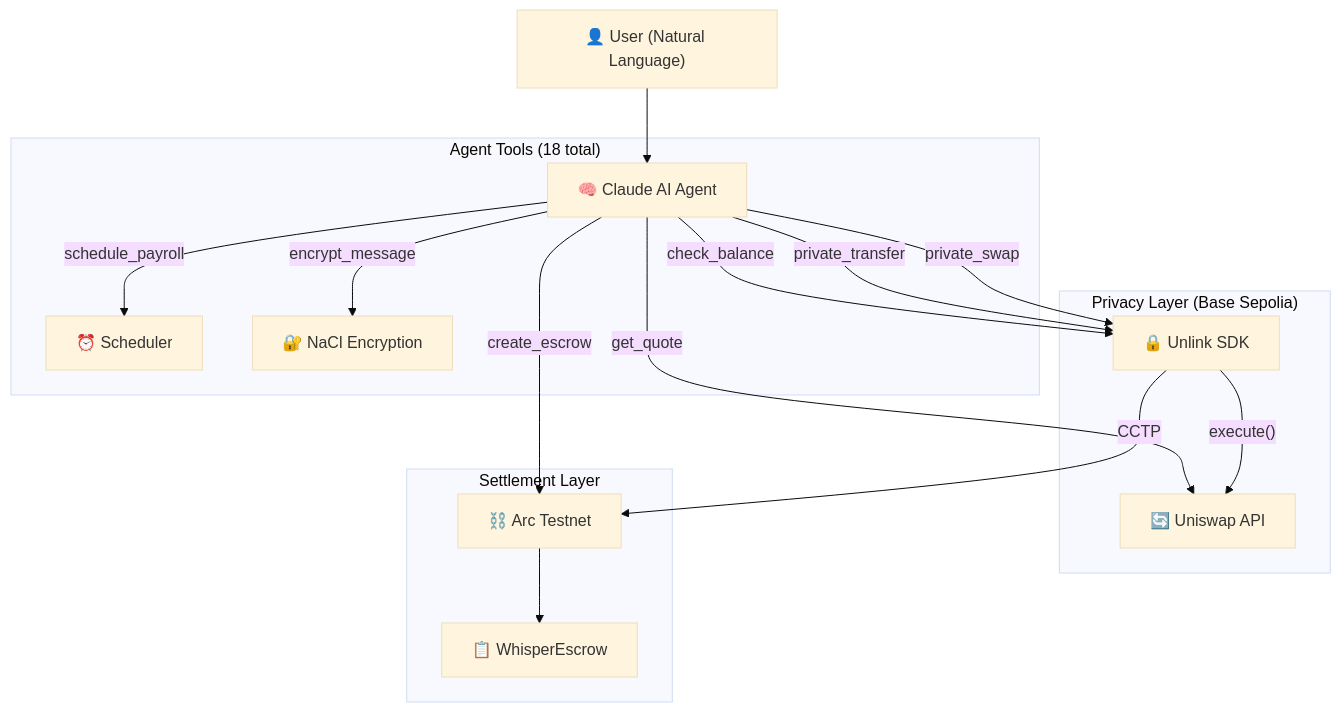
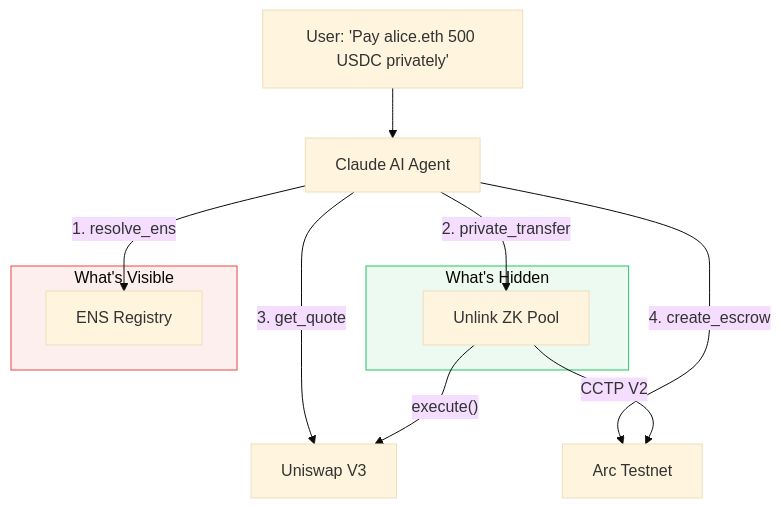
The diagram in README.md (0x2kNJ/whisper), drawn with Mermaid (base theme) before and after one commit. The commit also changed other lines of this file, not shown here.

````diff
--- a/README.md
+++ b/README.md
@@ -27,31 +27,23 @@
 ```mermaid
 graph TB
-    User["👤 User (Natural Language)"] --> Agent["🧠 Claude AI Agent"]
-    Agent -->|check_balance| Unlink["🔒 Unlink SDK"]
-    Agent -->|get_quote| Uniswap["🔄 Uniswap API"]
-    Agent -->|private_transfer| Unlink
-    Agent -->|private_swap| Unlink
-    Agent -->|create_escrow| Arc["⛓️ Arc Testnet"]
-    Agent -->|schedule_payroll| Scheduler["⏰ Scheduler"]
-    Agent -->|encrypt_message| Crypto["🔐 NaCl Encryption"]
+    User["User: 'Pay alice.eth 500 USDC privately'"] --> Agent["Claude AI Agent"]
+
+    Agent -->|"1. resolve_ens"| ENS["ENS Registry"]
+    Agent -->|"2. private_transfer"| Unlink["Unlink ZK Pool"]
+    Agent -->|"3. get_quote"| Uniswap["Uniswap V3"]
+    Agent -->|"4. create_escrow"| Arc["Arc Testnet"]
 
     Unlink -->|"execute()"| Uniswap
-    Unlink -->|"CCTP"| Arc
+    Unlink -->|"CCTP V2"| Arc
 
-    subgraph "Privacy Layer (Base Sepolia)"
+    subgraph hidden["What's Hidden"]
         Unlink
-        Uniswap
     end
 
-    subgraph "Settlement Layer"
-        Arc
-        Escrow["📋 WhisperEscrow"]
-        Arc --> Escrow
+    subgraph visible["What's Visible"]
+        ENS
     end
 
-    subgraph "Agent Tools (18 total)"
-        Agent
-        Scheduler
-        Crypto
-    end
+    style hidden fill:#22c55e15,stroke:#22c55e
+    style visible fill:#ef444415,stroke:#ef4444
 ```
````
